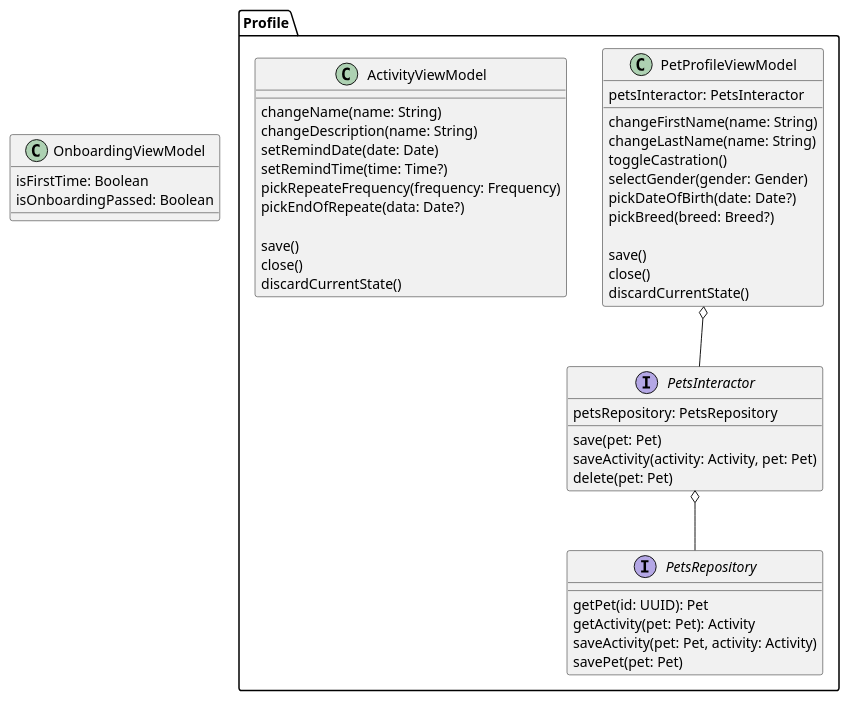
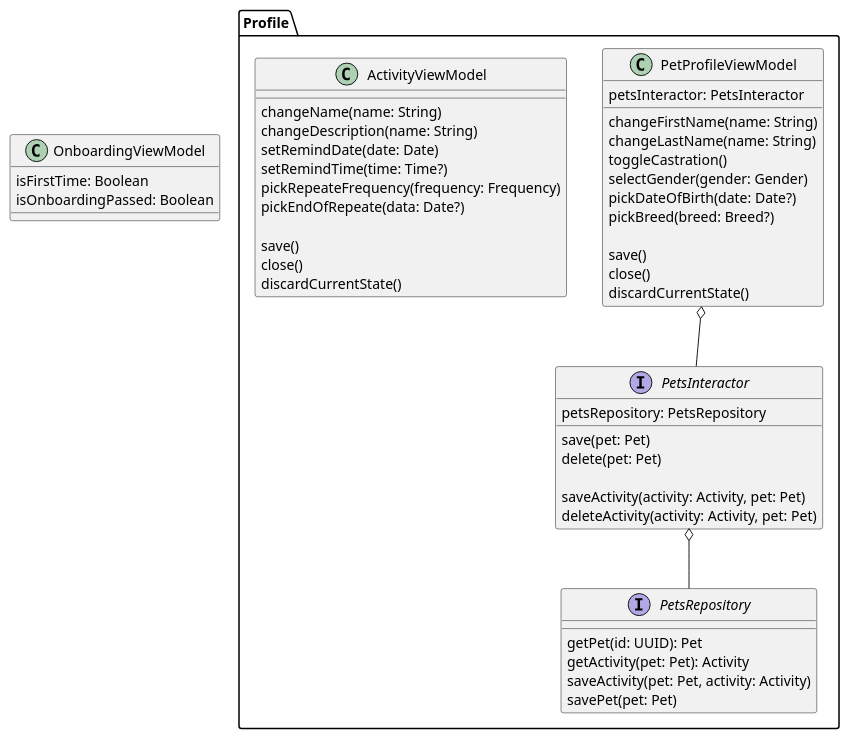
One commit to castlele/PetProfile changed the diagram in documentation/viewModels.puml. Above: the diagram before and after it, drawn with PlantUML. The commit also changed 8 other files, not shown here.

```diff
--- a/documentation/viewModels.puml
+++ b/documentation/viewModels.puml
@@ -1,57 +1,59 @@
 @startuml
 
 class OnboardingViewModel {
     isFirstTime: Boolean
     isOnboardingPassed: Boolean
 }
 
 package Profile {
 
     interface PetsRepository {
         getPet(id: UUID): Pet
         getActivity(pet: Pet): Activity
         saveActivity(pet: Pet, activity: Activity)
         savePet(pet: Pet)
     }
 
     interface PetsInteractor {
         petsRepository: PetsRepository
 
         save(pet: Pet)
+        delete(pet: Pet)
+
         saveActivity(activity: Activity, pet: Pet)
-        delete(pet: Pet)
+        deleteActivity(activity: Activity, pet: Pet)
     }
 
     class PetProfileViewModel {
         petsInteractor: PetsInteractor
 
         changeFirstName(name: String)
         changeLastName(name: String)
         toggleCastration()
         selectGender(gender: Gender)
         pickDateOfBirth(date: Date?)
         pickBreed(breed: Breed?)
 
         save()
         close()
         discardCurrentState()
     }
 
     class ActivityViewModel {
         changeName(name: String)
         changeDescription(name: String)
         setRemindDate(date: Date)
         setRemindTime(time: Time?)
         pickRepeateFrequency(frequency: Frequency)
         pickEndOfRepeate(data: Date?)
 
         save()
         close()
         discardCurrentState()
     }
 
     PetProfileViewModel o-- PetsInteractor
     PetsInteractor o-- PetsRepository
 }
 
 @enduml
```
